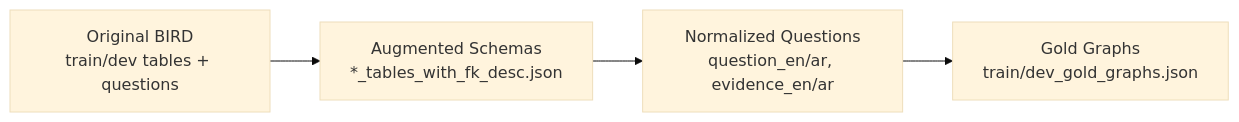
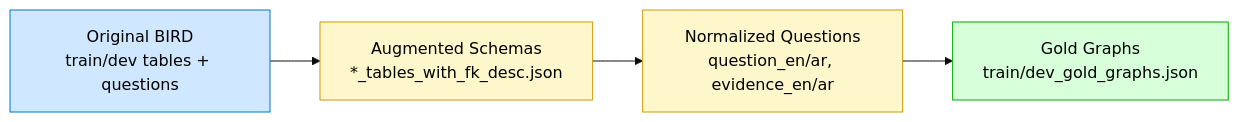
The fourth of 5 diagrams in README.md (Zeyadmosalem/Graduation), drawn with Mermaid (base theme) before and after one commit. The commit also changed other lines of this file, not shown here.

First line of the commit message:
Revise README for Arabic-BIRD project details

````diff
--- a/README.md
+++ b/README.md
@@ -126,7 +199,13 @@
 ```mermaid
 flowchart LR
-    D1[Original BIRD\ntrain/dev tables + questions]
-      --> D2[Augmented Schemas\n*_tables_with_fk_desc.json]
-      --> D3[Normalized Questions\nquestion_en/ar, evidence_en/ar]
-      --> D4[Gold Graphs\ntrain/dev_gold_graphs.json]
+    D1[Original BIRD<br/>train/dev tables + questions]
+        --> D2[Augmented Schemas<br/>*_tables_with_fk_desc.json]
+        --> D3[Normalized Questions<br/>question_en/ar, evidence_en/ar]
+        --> D4[Gold Graphs<br/>train/dev_gold_graphs.json]
+
+    style D1 fill:#cfe8ff,stroke:#0077cc,color:#000
+    style D2 fill:#fff7cc,stroke:#cc9a06,color:#000
+    style D3 fill:#fff7cc,stroke:#cc9a06,color:#000
+    style D4 fill:#d7ffd9,stroke:#0a0,color:#000
+
 ```
````
